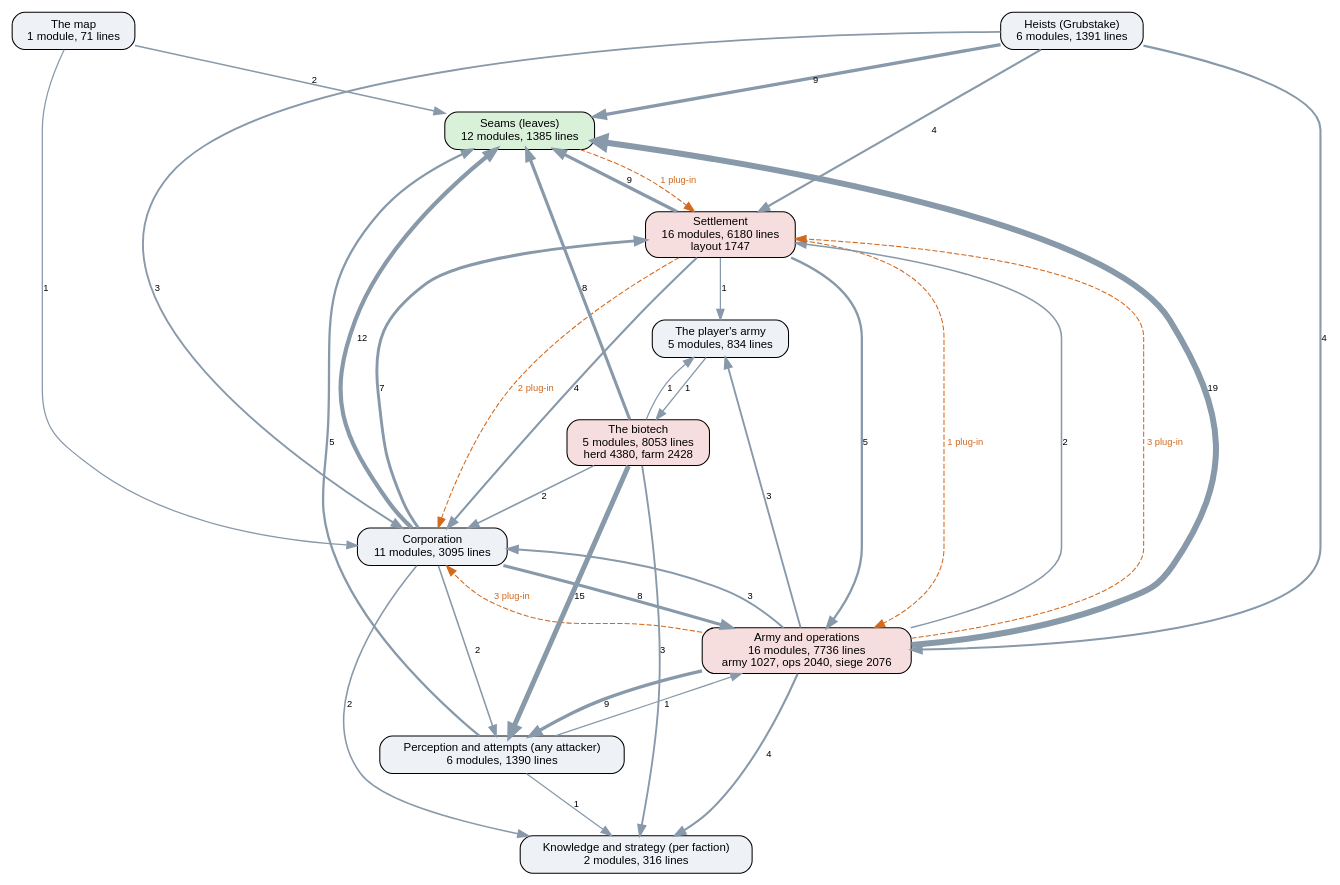
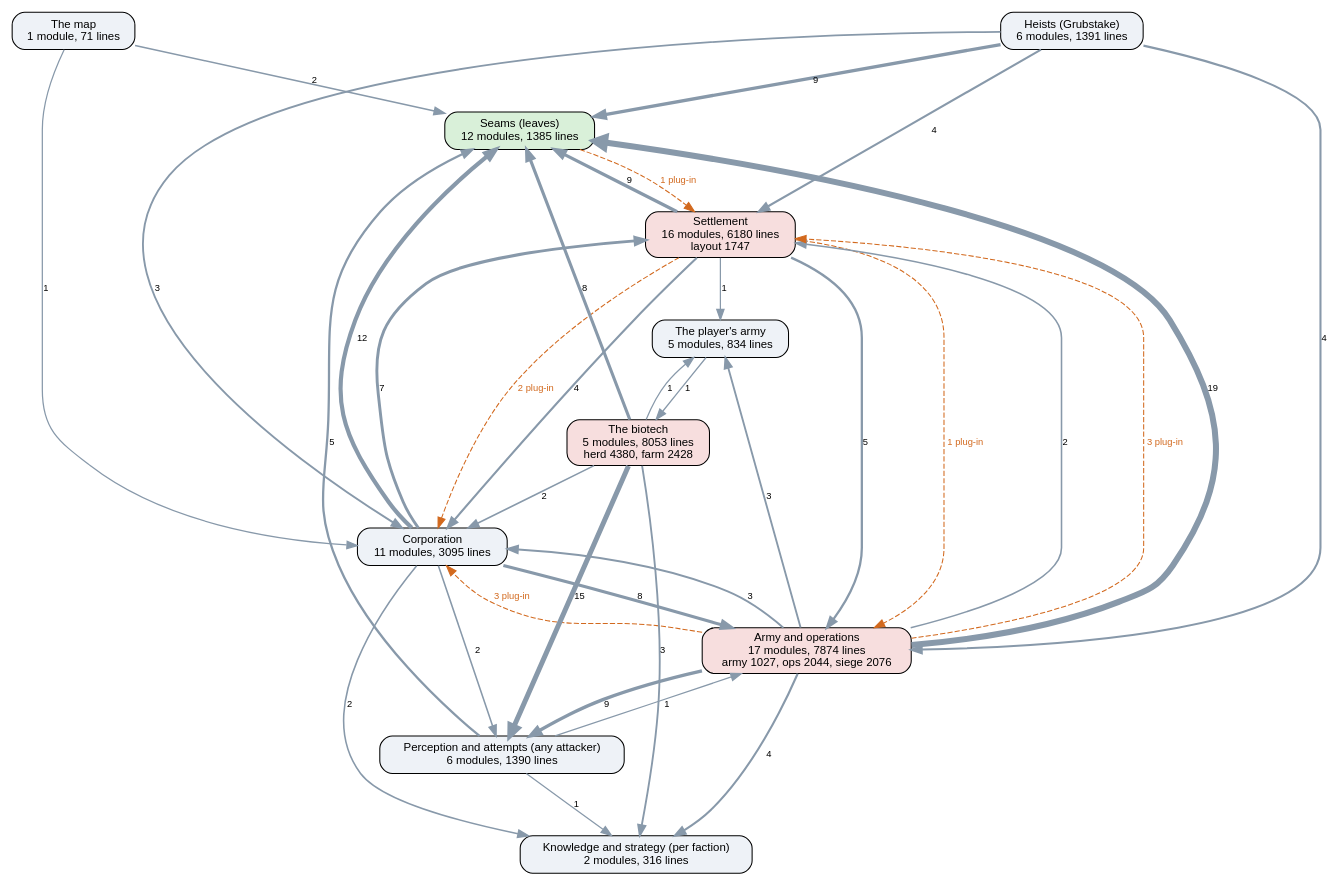
Before and after one commit to kinelhu/landing-party: the diagram in docs/ai-layers.dot, drawn with Graphviz. The commit also changed 50 other files, not shown here.

```diff
--- a/docs/ai-layers.dot
+++ b/docs/ai-layers.dot
@@ -1,50 +1,50 @@
 digraph layers {
   graph [rankdir=TB, fontname="Helvetica", nodesep=0.5, ranksep=0.7];
   node [shape=box, style="rounded,filled", fontname="Helvetica", fontsize=11, fillcolor="#eef2f7"];
   edge [color="#8899aa", fontname="Helvetica", fontsize=9];
   "Seams (leaves)" [label="Seams (leaves)\n12 modules, 1385 lines", fillcolor="#d9f0d9"];
   "Perception and attempts (any attacker)" [label="Perception and attempts (any attacker)\n6 modules, 1390 lines", fillcolor="#eef2f7"];
   "Knowledge and strategy (per faction)" [label="Knowledge and strategy (per faction)\n2 modules, 316 lines", fillcolor="#eef2f7"];
   "Corporation" [label="Corporation\n11 modules, 3095 lines", fillcolor="#eef2f7"];
   "Settlement" [label="Settlement\n16 modules, 6180 lines\nlayout 1747", fillcolor="#f7dede"];
-  "Army and operations" [label="Army and operations\n16 modules, 7736 lines\narmy 1027, ops 2040, siege 2076", fillcolor="#f7dede"];
+  "Army and operations" [label="Army and operations\n17 modules, 7874 lines\narmy 1027, ops 2044, siege 2076", fillcolor="#f7dede"];
   "Heists (Grubstake)" [label="Heists (Grubstake)\n6 modules, 1391 lines", fillcolor="#eef2f7"];
   "The biotech" [label="The biotech\n5 modules, 8053 lines\nherd 4380, farm 2428", fillcolor="#f7dede"];
   "The map" [label="The map\n1 module, 71 lines", fillcolor="#eef2f7"];
   "The player's army" [label="The player's army\n5 modules, 834 lines", fillcolor="#eef2f7"];
   "Army and operations" -> "Corporation" [label="3", penwidth=1.8];
   "Army and operations" -> "Knowledge and strategy (per faction)" [label="4", penwidth=2.0];
   "Army and operations" -> "Perception and attempts (any attacker)" [label="9", penwidth=3.2];
   "Army and operations" -> "Seams (leaves)" [label="19", penwidth=5.8];
   "Army and operations" -> "Settlement" [label="2", penwidth=1.5];
   "Army and operations" -> "The player's army" [label="3", penwidth=1.8];
   "Corporation" -> "Army and operations" [label="8", penwidth=3.0];
   "Corporation" -> "Knowledge and strategy (per faction)" [label="2", penwidth=1.5];
   "Corporation" -> "Perception and attempts (any attacker)" [label="2", penwidth=1.5];
   "Corporation" -> "Seams (leaves)" [label="12", penwidth=4.0];
   "Corporation" -> "Settlement" [label="7", penwidth=2.8];
   "Heists (Grubstake)" -> "Army and operations" [label="4", penwidth=2.0];
   "Heists (Grubstake)" -> "Corporation" [label="3", penwidth=1.8];
   "Heists (Grubstake)" -> "Seams (leaves)" [label="9", penwidth=3.2];
   "Heists (Grubstake)" -> "Settlement" [label="4", penwidth=2.0];
   "Perception and attempts (any attacker)" -> "Army and operations" [label="1", penwidth=1.2];
   "Perception and attempts (any attacker)" -> "Knowledge and strategy (per faction)" [label="1", penwidth=1.2];
   "Perception and attempts (any attacker)" -> "Seams (leaves)" [label="5", penwidth=2.2];
   "Settlement" -> "Army and operations" [label="5", penwidth=2.2];
   "Settlement" -> "Corporation" [label="4", penwidth=2.0];
   "Settlement" -> "Seams (leaves)" [label="9", penwidth=3.2];
   "Settlement" -> "The player's army" [label="1", penwidth=1.2];
   "The biotech" -> "Corporation" [label="2", penwidth=1.5];
   "The biotech" -> "Knowledge and strategy (per faction)" [label="3", penwidth=1.8];
   "The biotech" -> "Perception and attempts (any attacker)" [label="15", penwidth=4.8];
   "The biotech" -> "Seams (leaves)" [label="8", penwidth=3.0];
   "The biotech" -> "The player's army" [label="1", penwidth=1.2];
   "The map" -> "Corporation" [label="1", penwidth=1.2];
   "The map" -> "Seams (leaves)" [label="2", penwidth=1.5];
   "The player's army" -> "The biotech" [label="1", penwidth=1.2];
   "Army and operations" -> "Corporation" [style=dashed, color="#d2691e", fontcolor="#d2691e", label="3 plug-in"];
   "Army and operations" -> "Settlement" [style=dashed, color="#d2691e", fontcolor="#d2691e", label="3 plug-in"];
   "Seams (leaves)" -> "Settlement" [style=dashed, color="#d2691e", fontcolor="#d2691e", label="1 plug-in"];
   "Settlement" -> "Army and operations" [style=dashed, color="#d2691e", fontcolor="#d2691e", label="1 plug-in"];
   "Settlement" -> "Corporation" [style=dashed, color="#d2691e", fontcolor="#d2691e", label="2 plug-in"];
 }
```
